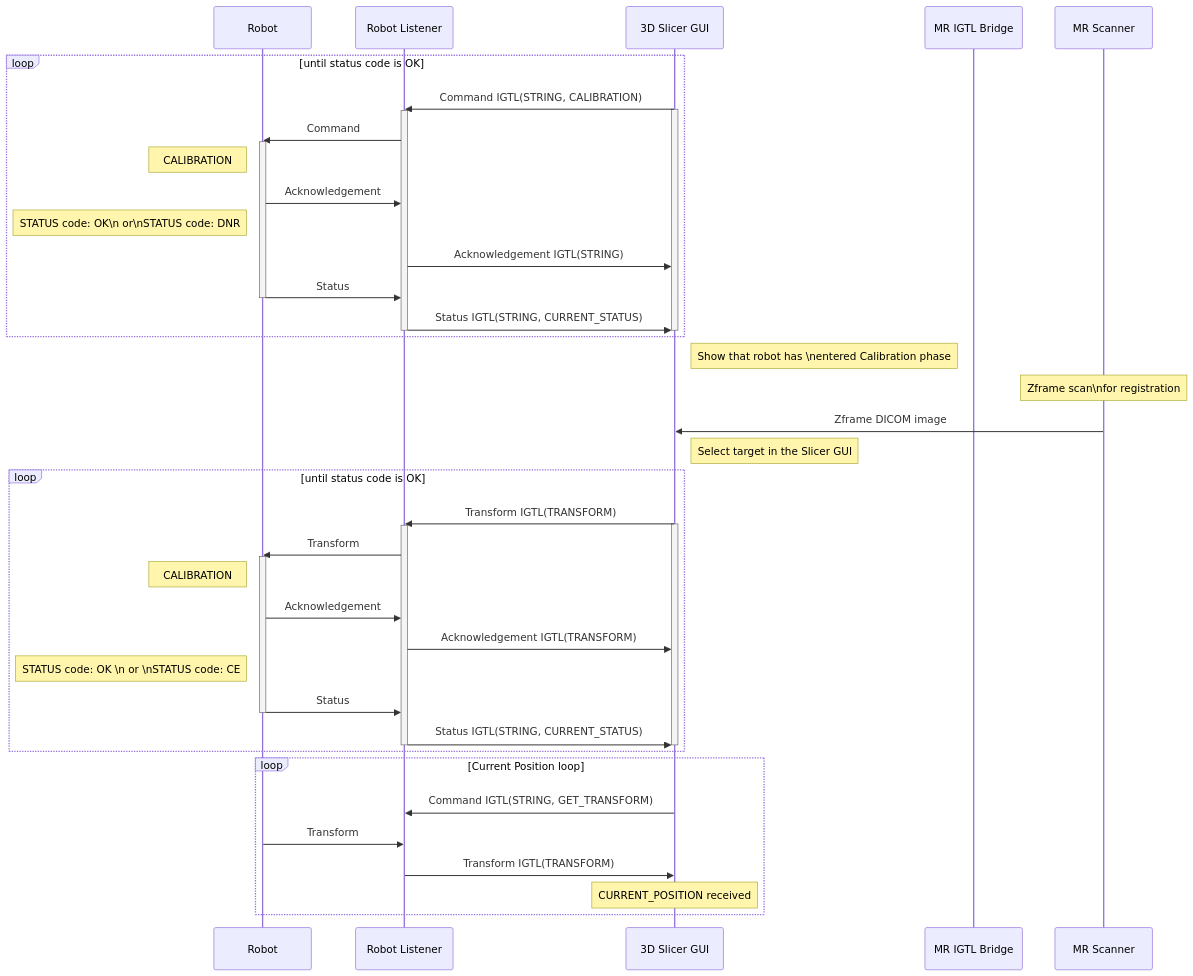
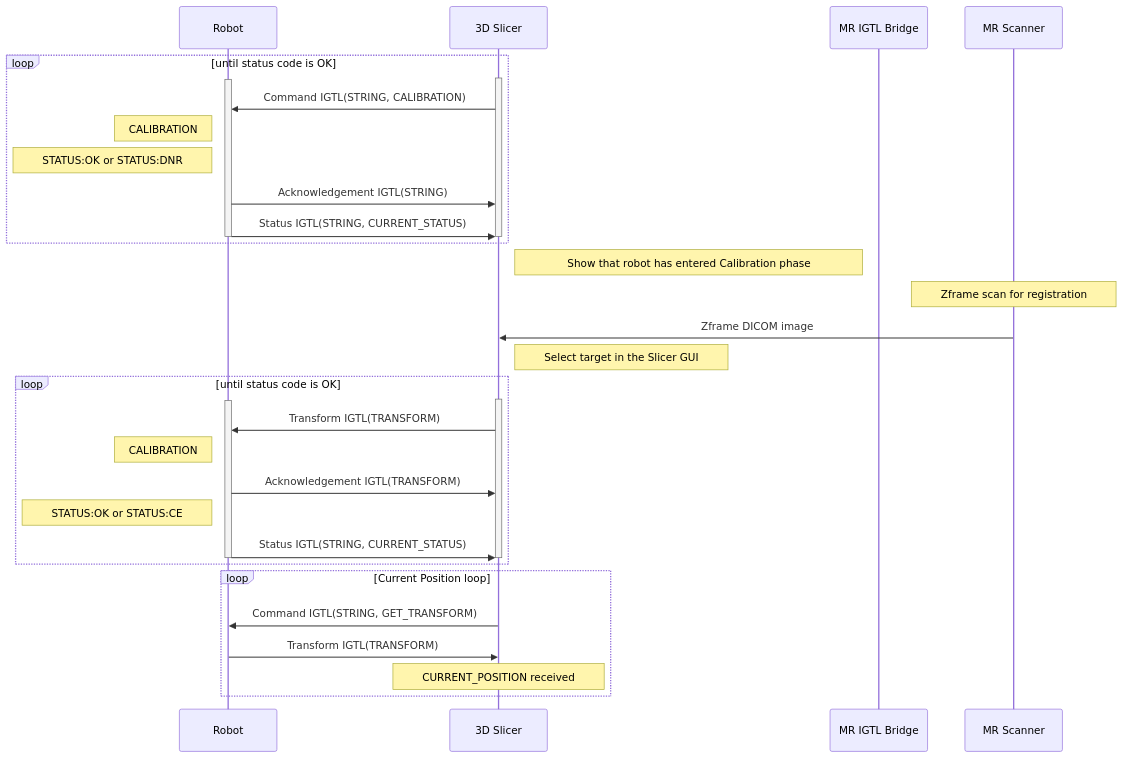
One commit to ProstateBRP/BRPRobot2021 changed the second of 6 diagrams in README.md. Above: the diagram before and after it, drawn with Mermaid. The commit also changed other lines of this file, not shown here.

First line of the commit message:
Updated Sequence Diagram

````diff
--- a/README.md
+++ b/README.md
@@ -53,55 +44,43 @@
 ```mermaid
 sequenceDiagram
 
 participant R as Robot
-participant RL as Robot Listener
-participant SGUI as 3D Slicer GUI
+participant SGUI as 3D Slicer
 participant MRIGTL  as MR IGTL Bridge
 participant MRS as MR Scanner
 
 
 loop until status code is OK
-SGUI->>RL:Command IGTL(STRING, CALIBRATION)
 activate SGUI
-activate RL
-RL->>R:Command
 activate R
+SGUI->>R:Command IGTL(STRING, CALIBRATION)
 note left of R:CALIBRATION
-R->>RL:Acknowledgement
-note left of R:STATUS code: OK\n              or\nSTATUS code: DNR
-RL->>SGUI:Acknowledgement IGTL(STRING)
-R->>RL:Status
+note left of R:⠀⠀⠀STATUS:OK or STATUS:DNR⠀⠀⠀
+R->>SGUI:Acknowledgement IGTL(STRING)
+R->>SGUI:Status IGTL(STRING, CURRENT_STATUS)
 deactivate R
-RL->>SGUI:Status IGTL(STRING, CURRENT_STATUS)
 deactivate SGUI
-deactivate RL
 end
-note right of SGUI:Show that robot has \nentered Calibration phase
-note over MRS:Zframe scan\nfor registration
+note right of SGUI:⠀⠀⠀⠀⠀⠀Show that robot has entered Calibration phase⠀⠀⠀⠀⠀⠀
+note over MRS:⠀⠀⠀Zframe scan for registration⠀⠀⠀
 MRS->>SGUI:Zframe DICOM image
-note right of SGUI:Select target in the Slicer GUI
+note right of SGUI:⠀⠀⠀Select target in the Slicer GUI⠀⠀⠀
 loop until status code is OK
-SGUI->>RL:Transform IGTL(TRANSFORM)
 activate SGUI
-activate RL
-RL->>R:Transform
 activate R
+SGUI->>R:Transform IGTL(TRANSFORM)
 note left of R:CALIBRATION
-R->>RL:Acknowledgement
-RL->>SGUI:Acknowledgement IGTL(TRANSFORM)
-note left of R:STATUS code: OK \n              or \nSTATUS code: CE
-R->>RL:Status
+R->>SGUI:Acknowledgement IGTL(TRANSFORM)
+note left of R:⠀⠀⠀STATUS:OK or STATUS:CE⠀⠀⠀
+R->>SGUI:Status IGTL(STRING, CURRENT_STATUS)
 deactivate R
-RL->>SGUI:Status IGTL(STRING, CURRENT_STATUS)
 deactivate SGUI
-deactivate RL
 
 end
 
 loop Current Position loop
-SGUI->>RL:Command IGTL(STRING, GET_TRANSFORM)
-R->>RL:Transform
-RL->>SGUI:Transform IGTL(TRANSFORM)
-note over SGUI:CURRENT_POSITION received
+SGUI->>R:Command IGTL(STRING, GET_TRANSFORM)
+R->>SGUI:Transform IGTL(TRANSFORM)
+note over SGUI:⠀⠀⠀CURRENT_POSITION received⠀⠀⠀
 end
 ```
````
